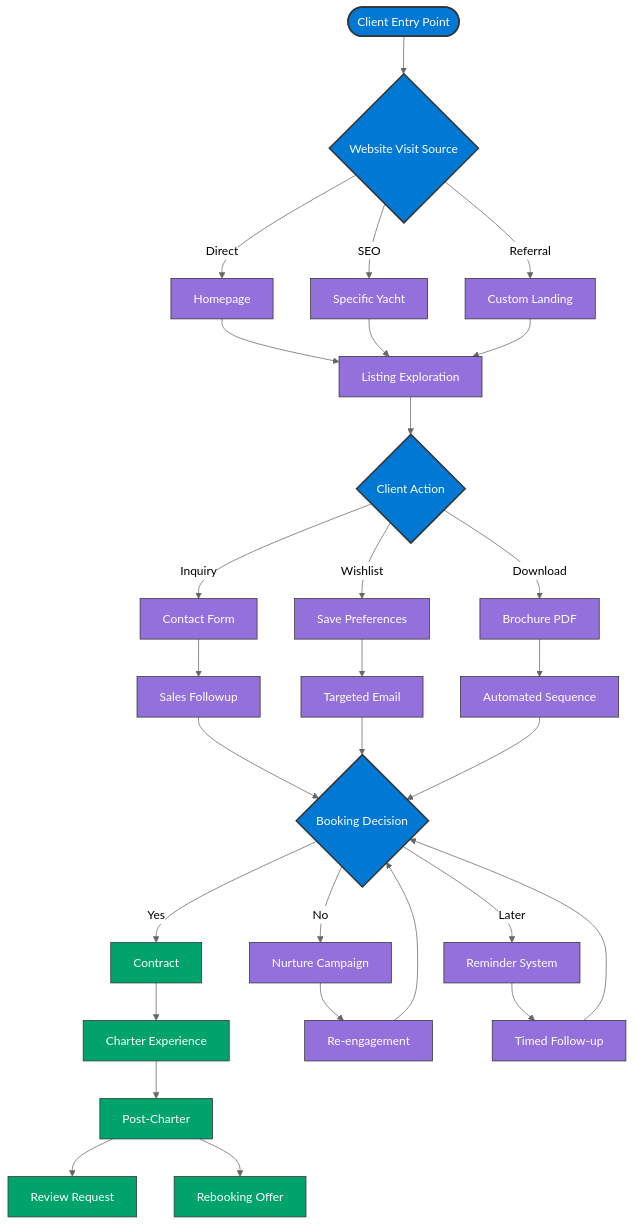
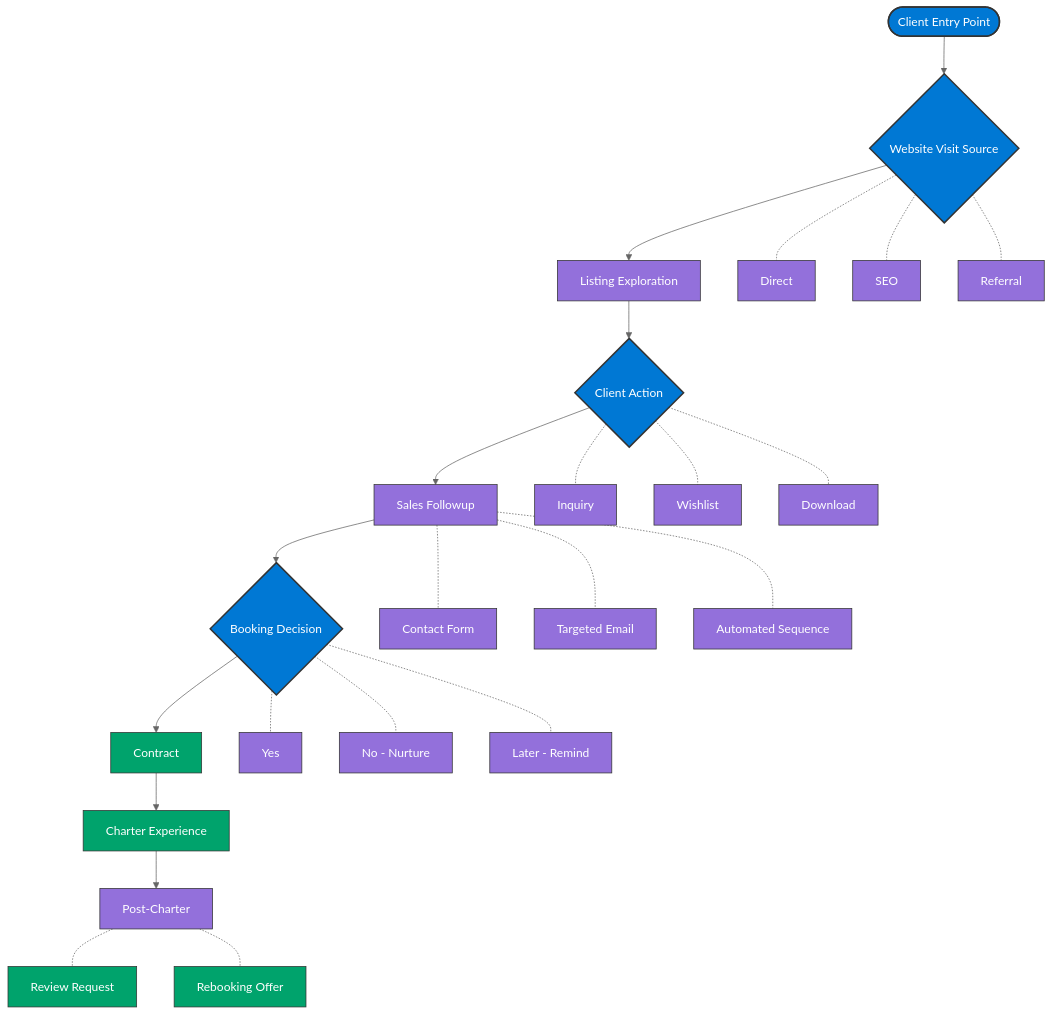
The third of 3 diagrams in docs/framework-overview.md (szemkoff/azurecharters), drawn with Mermaid before and after one commit. The commit also changed other lines of this file and 2 other files, not shown here.

Commit message:
Force completely vertical layout with linear parent-child structure and side connections

````diff
--- a/docs/framework-overview.md
+++ b/docs/framework-overview.md
@@ -100,53 +115,48 @@
 ```mermaid
 %%{init: {'securityLevel': 'loose', 'theme': 'neutral'}}%%
 graph TD
-    Start([Client Entry Point]) --> A{Website Visit Source}
+    %% Create a linear journey flow
+    Start([Client Entry Point])
+    Start --> A{Website Visit Source}
+    A --> E[Listing Exploration]
+    E --> F{Client Action}
+    F --> J[Sales Followup]
+    J --> M{Booking Decision}
+    M --> N[Contract]
+    N --> Q[Charter Experience]
+    Q --> T[Post-Charter]
+
+    %% Entry points
+    A -.- A1[Direct]
+    A -.- A2[SEO] 
+    A -.- A3[Referral]
     
-    A -->|Direct| B[Homepage]
-    A -->|SEO| C[Specific Yacht]
-    A -->|Referral| D[Custom Landing]
+    %% Client actions
+    F -.- F1[Inquiry]
+    F -.- F2[Wishlist]
+    F -.- F3[Download]
     
-    B --> E[Listing Exploration]
-    C --> E
-    D --> E
+    %% Follow-up methods
+    J -.- J1[Contact Form]
+    J -.- J2[Targeted Email]
+    J -.- J3[Automated Sequence]
     
-    E --> F{Client Action}
+    %% Decision outcomes
+    M -.- M1[Yes] 
+    M -.- M2[No - Nurture]
+    M -.- M3[Later - Remind]
     
-    F -->|Inquiry| G[Contact Form]
-    F -->|Wishlist| H[Save Preferences]
-    F -->|Download| I[Brochure PDF]
-    
-    G --> J[Sales Followup]
-    H --> K[Targeted Email]
-    I --> L[Automated Sequence]
-    
-    J --> M{Booking Decision}
-    K --> M
-    L --> M
-    
-    M -->|Yes| N[Contract]
-    M -->|No| O[Nurture Campaign]
-    M -->|Later| P[Reminder System]
-    
-    N --> Q[Charter Experience]
-    O --> R[Re-engagement]
-    P --> S[Timed Follow-up]
-    
-    R --> M
-    S --> M
-    
-    Q --> T[Post-Charter]
-    
-    T --> U[Review Request]
-    T --> V[Rebooking Offer]
+    %% Post-charter actions
+    T -.- T1[Review Request]
+    T -.- T2[Rebooking Offer]
     
     %% Styling
     classDef entryNode fill:#0078D4,color:#ffffff,stroke:#333,stroke-width:2px;
     classDef decisionNode fill:#9370DB,color:#ffffff,stroke:#333,stroke-width:1px;
     classDef successNode fill:#00A36C,color:#ffffff,stroke:#333,stroke-width:1px;
     
     %% Apply styles
     class Start,A,F,M entryNode;
-    class B,C,D,E,G,H,I,J,K,L,O,P,R,S decisionNode;
-    class N,Q,T,U,V successNode;
+    class E,J,T,A1,A2,A3,F1,F2,F3,J1,J2,J3,M1,M2,M3 decisionNode;
+    class N,Q,T1,T2 successNode;
 ```
````
